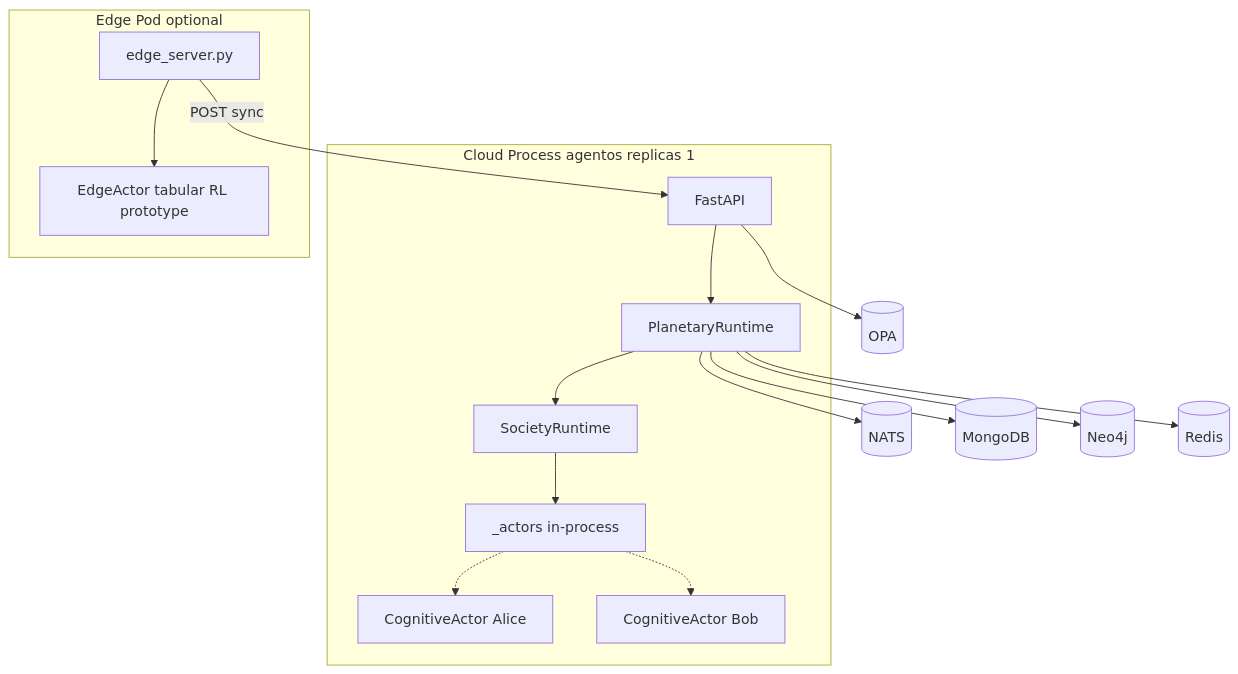
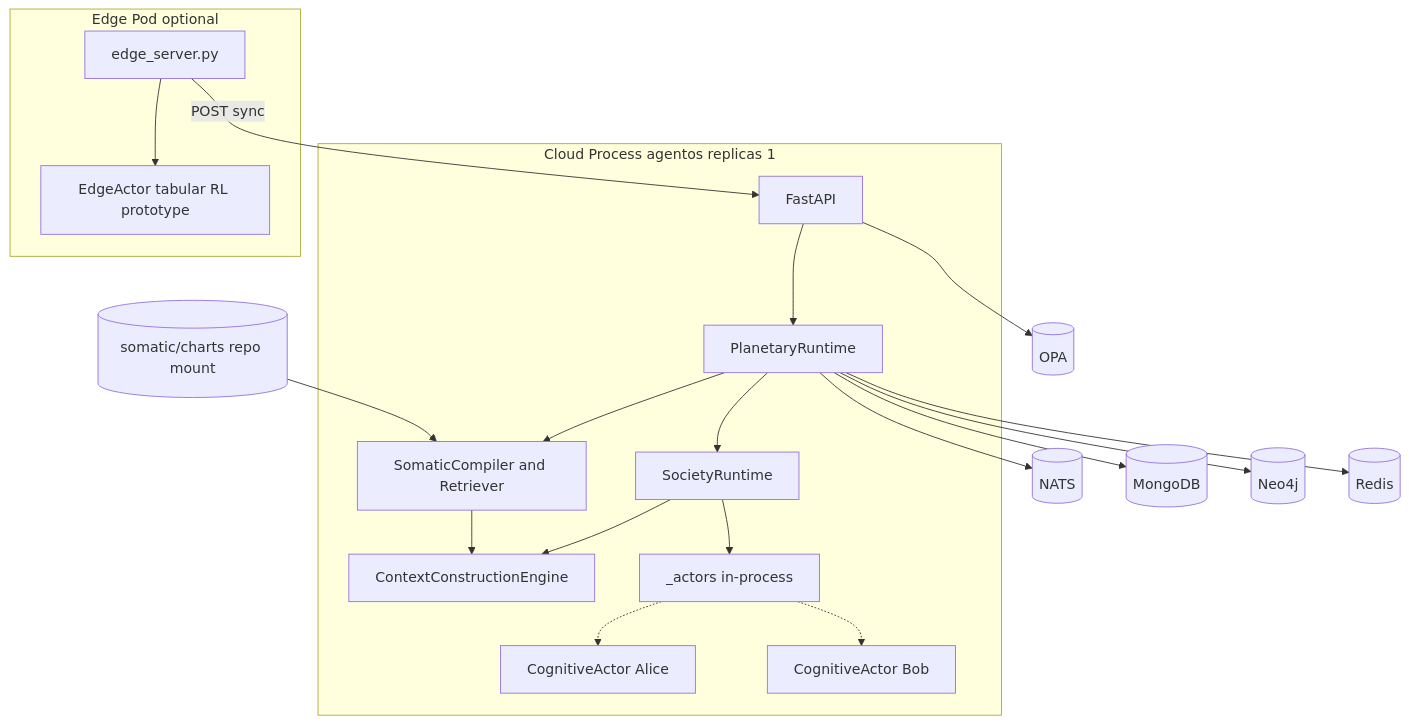
The sixth of 25 diagrams in docs/DIAGRAMS.md (monkeypatched-stack/cogitive-os), drawn with Mermaid before and after one commit. The commit also changed other lines of this file, not shown here.

Commit message:
adding diagrams

````diff
--- a/docs/DIAGRAMS.md
+++ b/docs/DIAGRAMS.md
@@ -260,35 +320,43 @@
 ```mermaid
 flowchart TB
     subgraph cloudGrp["Cloud Process agentos replicas 1"]
         API["FastAPI"]
         PR["PlanetaryRuntime"]
+        SF["SomaticCompiler and Retriever"]
         SR["SocietyRuntime"]
+        CCE["ContextConstructionEngine"]
         ACTORS["_actors in-process"]
         A1["CognitiveActor Alice"]
         A2["CognitiveActor Bob"]
         API --> PR
+        PR --> SF
         PR --> SR
+        SR --> CCE
+        SF --> CCE
         SR --> ACTORS
         ACTORS -.-> A1
         ACTORS -.-> A2
     end
+
+    CHARTS[("somatic/charts repo mount")]
+    CHARTS --> SF
 
     subgraph edgeGrp["Edge Pod optional"]
         ES["edge_server.py"]
         EA["EdgeActor tabular RL prototype"]
         ES --> EA
     end
 
     NATS[("NATS")]
     MONGO[("MongoDB")]
     NEO[("Neo4j")]
     REDIS[("Redis")]
     OPA[("OPA")]
 
     PR --> NATS
     PR --> MONGO
     PR --> NEO
     PR --> REDIS
     API --> OPA
     ES -->|POST sync| API
 ```
````
